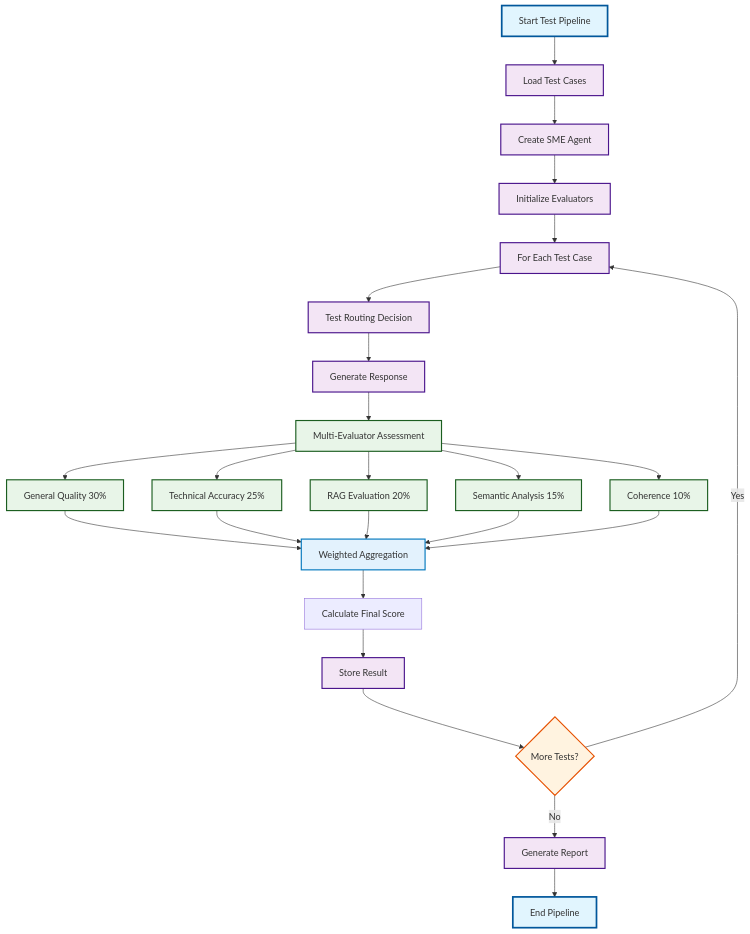
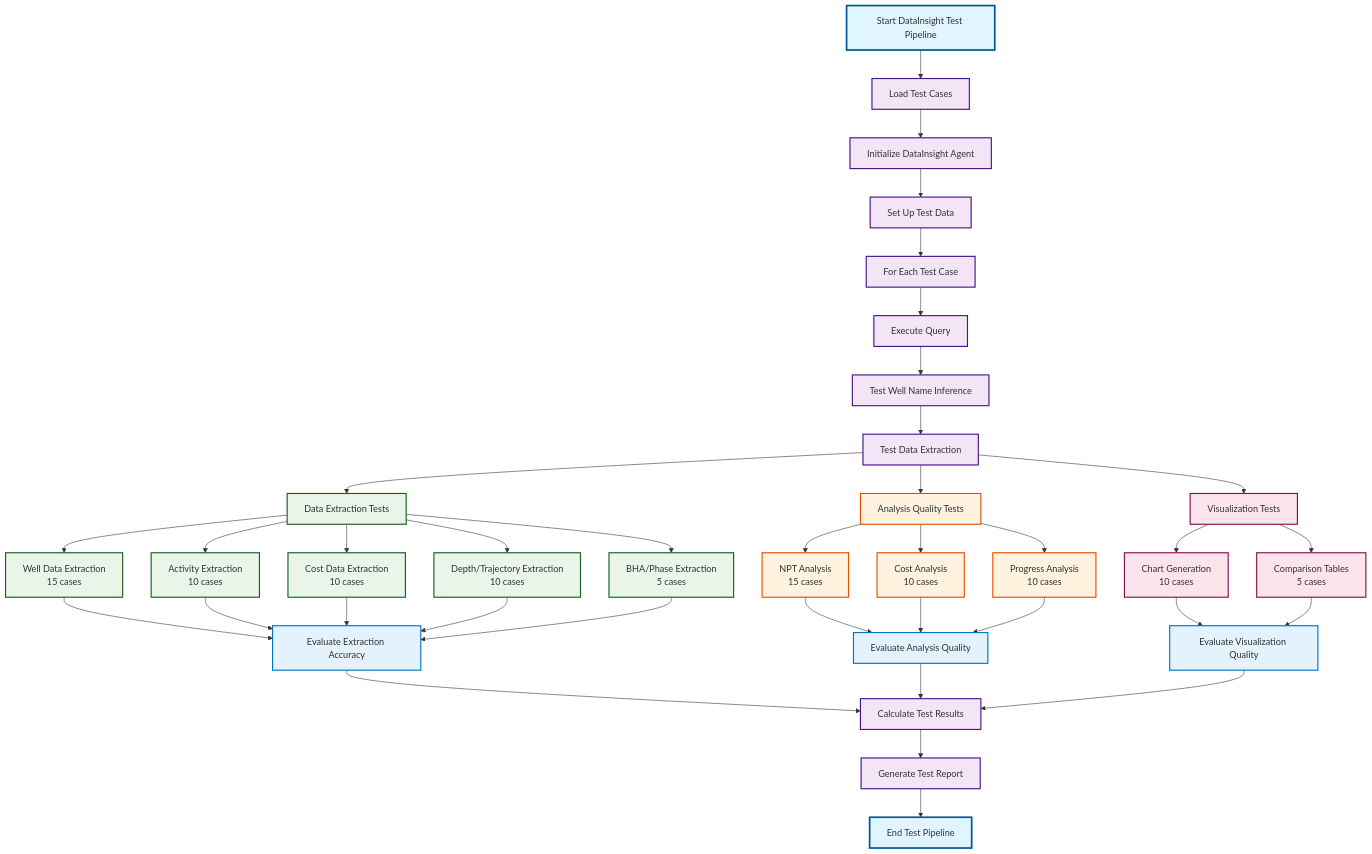
Before and after one commit to wiedersehne/Ida-arch: the diagram in README.md, drawn with Mermaid. The commit also changed other lines of this file, not shown here.

````diff
--- a/README.md
+++ b/README.md
@@ -5,45 +1103,62 @@
 ```mermaid
 graph TD
-    A[Start Test Pipeline] --> B[Load Test Cases]
-    B --> C[Create SME Agent]
-    C --> D[Initialize Evaluators]
+    A[Start DataInsight Test Pipeline] --> B[Load Test Cases]
+    B --> C[Initialize DataInsight Agent]
+    C --> D[Set Up Test Data]
     
     D --> E[For Each Test Case]
-    E --> F[Test Routing Decision]
-    F --> G[Generate Response]
+    E --> F[Execute Query]
+    F --> G[Test Well Name Inference]
+    G --> H[Test Data Extraction]
     
-    G --> H[Multi-Evaluator Assessment]
-    H --> I[General Quality 30%]
-    H --> J[Technical Accuracy 25%]
-    H --> K[RAG Evaluation 20%]
-    H --> L[Semantic Analysis 15%]
-    H --> M[Coherence 10%]
+    H --> I[Data Extraction Tests]
+    I --> J[Well Data Extraction<br/>15 cases]
+    I --> K[Activity Extraction<br/>10 cases]
+    I --> L[Cost Data Extraction<br/>10 cases]
+    I --> M[Depth/Trajectory Extraction<br/>10 cases]
+    I --> N[BHA/Phase Extraction<br/>5 cases]
     
-    I --> N[Weighted Aggregation]
-    J --> N
-    K --> N
-    L --> N
-    M --> N
+    H --> O[Analysis Quality Tests]
+    O --> P[NPT Analysis<br/>15 cases]
+    O --> Q[Cost Analysis<br/>10 cases]
+    O --> R[Progress Analysis<br/>10 cases]
     
-    N --> O[Calculate Final Score]
-    O --> P[Store Result]
+    H --> S[Visualization Tests]
+    S --> T[Chart Generation<br/>10 cases]
+    S --> U[Comparison Tables<br/>5 cases]
     
-    P --> Q{More Tests?}
-    Q -->|Yes| E
-    Q -->|No| R[Generate Report]
+    J --> V[Evaluate Extraction Accuracy]
+    K --> V
+    L --> V
+    M --> V
+    N --> V
     
-    R --> S[End Pipeline]
+    P --> W[Evaluate Analysis Quality]
+    Q --> W
+    R --> W
+    
+    T --> X[Evaluate Visualization Quality]
+    U --> X
+    
+    V --> Y[Calculate Test Results]
+    W --> Y
+    X --> Y
+    
+    Y --> Z[Generate Test Report]
+    Z --> AA[End Test Pipeline]
     
     %% Styling
     classDef startEnd fill:#e1f5fe,stroke:#01579b,stroke-width:3px
     classDef process fill:#f3e5f5,stroke:#4a148c,stroke-width:2px
-    classDef evaluator fill:#e8f5e8,stroke:#1b5e20,stroke-width:2px
-    classDef decision fill:#fff3e0,stroke:#e65100,stroke-width:2px
-    classDef aggregation fill:#e3f2fd,stroke:#0277bd,stroke-width:2px
+    classDef extraction fill:#e8f5e8,stroke:#1b5e20,stroke-width:2px
+    classDef analysis fill:#fff3e0,stroke:#e65100,stroke-width:2px
+    classDef visualization fill:#fce4ec,stroke:#880e4f,stroke-width:2px
+    classDef evaluation fill:#e3f2fd,stroke:#0277bd,stroke-width:2px
     
-    class A,S startEnd
-    class B,C,D,E,F,G,P,R process
-    class H,I,J,K,L,M evaluator
-    class N aggregation
-    class Q decision
+    class A,AA startEnd
+    class B,C,D,E,F,G,H,Y,Z process
+    class I,J,K,L,M,N extraction
+    class O,P,Q,R analysis
+    class S,T,U visualization
+    class V,W,X evaluation
 ```
````
